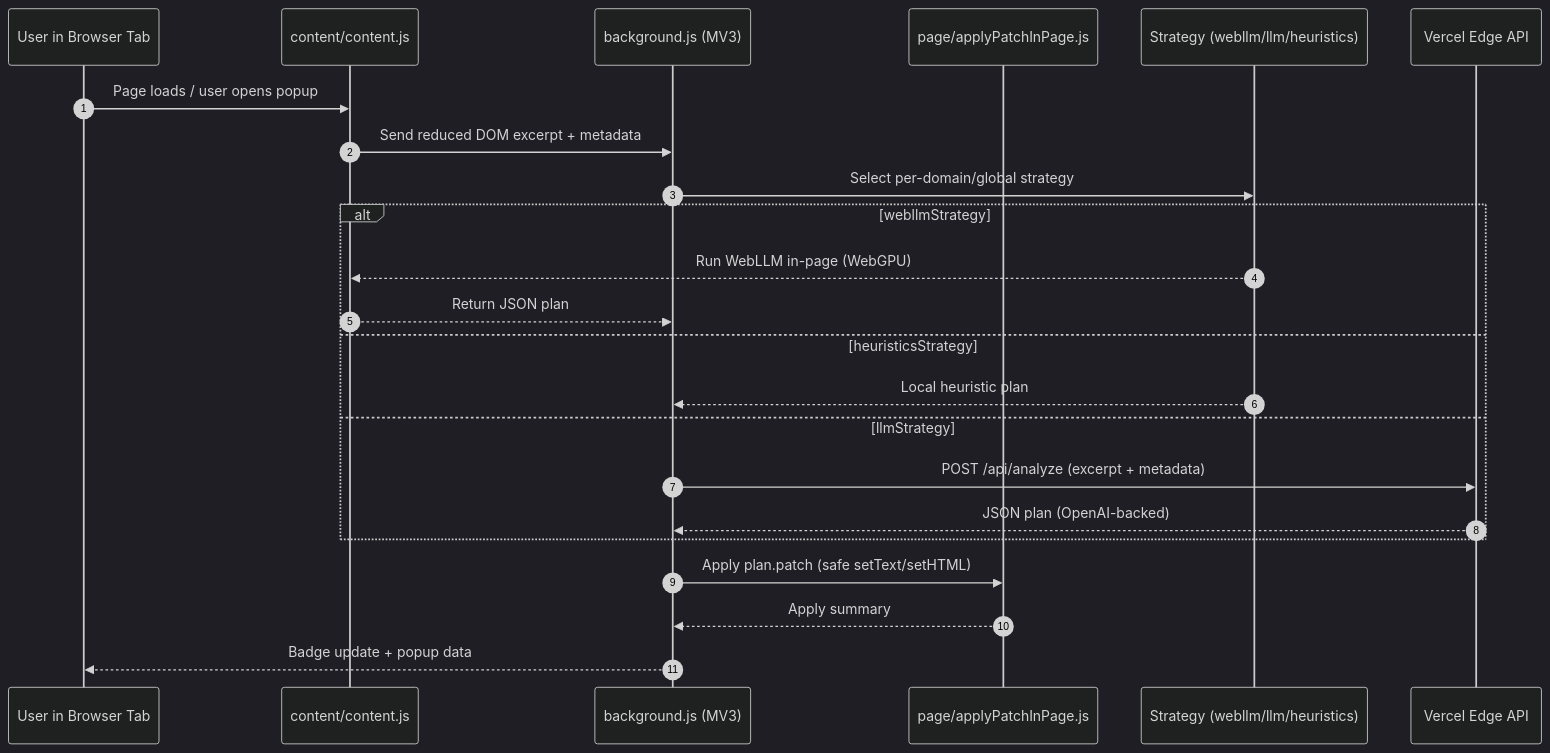
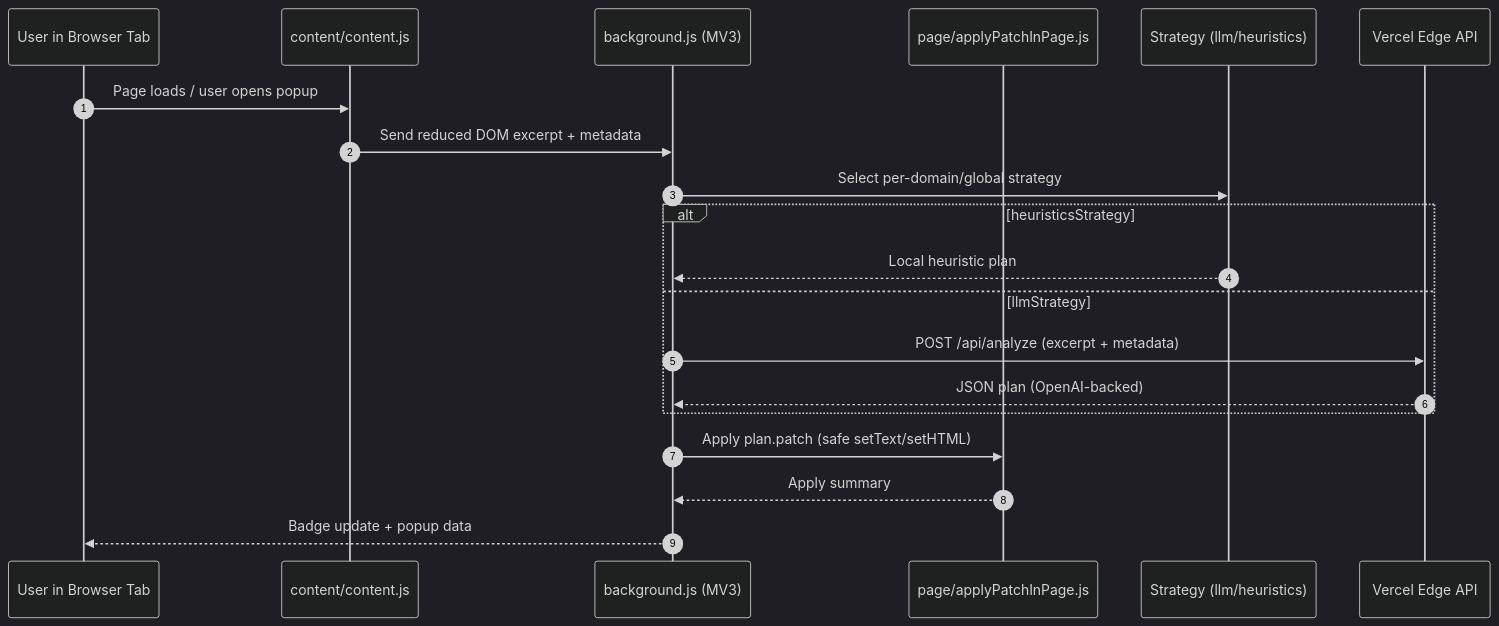
The diagram in README.md (agurod42/fabric-pdp), drawn with Mermaid (dark theme) before and after one commit. The commit also changed other lines of this file, not shown here.

Commit message:
Update README to remove references to webllmStrategy and clarify strategy options. Adjust descriptions for quality and locality trade-offs, enhancing documentation for better understanding of the extension's capabilities.

````diff
--- a/README.md
+++ b/README.md
@@ -29,26 +28,23 @@
 ```mermaid
 sequenceDiagram
     autonumber
     participant User as User in Browser Tab
     participant Content as content/content.js
     participant BG as background.js (MV3)
     participant Page as page/applyPatchInPage.js
-    participant Strategy as Strategy (webllm/llm/heuristics)
+    participant Strategy as Strategy (llm/heuristics)
     participant Edge as Vercel Edge API
 
     User->>Content: Page loads / user opens popup
     Content->>BG: Send reduced DOM excerpt + metadata
     BG->>Strategy: Select per-domain/global strategy
-    alt webllmStrategy
-        Strategy-->>Content: Run WebLLM in-page (WebGPU)
-        Content-->>BG: Return JSON plan
-    else heuristicsStrategy
+    alt heuristicsStrategy
         Strategy-->>BG: Local heuristic plan
     else llmStrategy
         BG->>Edge: POST /api/analyze (excerpt + metadata)
         Edge-->>BG: JSON plan (OpenAI-backed)
     end
     BG->>Page: Apply plan.patch (safe setText/setHTML)
     Page-->>BG: Apply summary
     BG-->>User: Badge update + popup data
 ```
````
